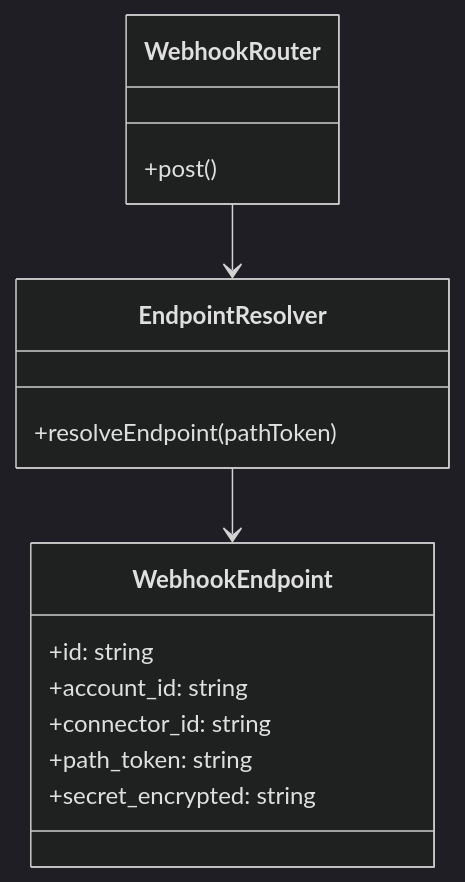
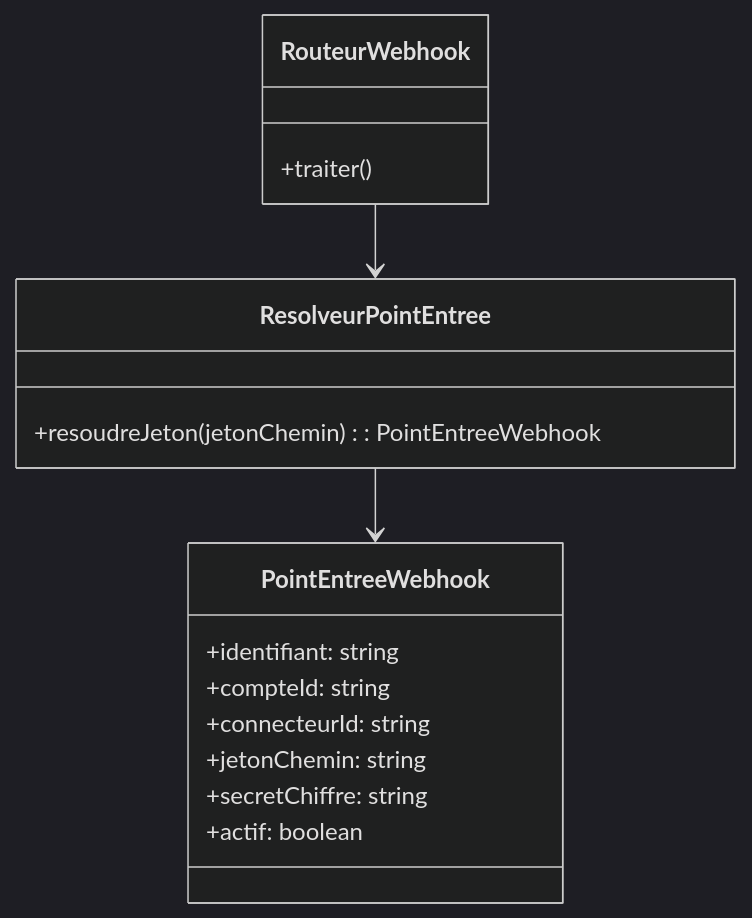
The third of 6 diagrams in DIAGRAMME_CLASSES_LEGER.md (hermax2006/fil-unifie), drawn with Mermaid (dark theme) before and after one commit. The commit also changed other lines of this file, not shown here.

Commit message:
Traduction diagramme de classes en français

````diff
--- a/DIAGRAMME_CLASSES_LEGER.md
+++ b/DIAGRAMME_CLASSES_LEGER.md
@@ -61,18 +71,19 @@
 ```mermaid
 classDiagram
-    class WebhookRouter {
-        +post()
+    class RouteurWebhook {
+        +traiter()
     }
-    class EndpointResolver {
-        +resolveEndpoint(pathToken)
+    class ResolveurPointEntree {
+        +resoudreJeton(jetonChemin): PointEntreeWebhook
     }
-    class WebhookEndpoint {
-        +id: string
-        +account_id: string
-        +connector_id: string
-        +path_token: string
-        +secret_encrypted: string
+    class PointEntreeWebhook {
+        +identifiant: string
+        +compteId: string
+        +connecteurId: string
+        +jetonChemin: string
+        +secretChiffre: string
+        +actif: boolean
     }
-    WebhookRouter --> EndpointResolver
-    EndpointResolver --> WebhookEndpoint
+    RouteurWebhook --> ResolveurPointEntree
+    ResolveurPointEntree --> PointEntreeWebhook
 ```
````
